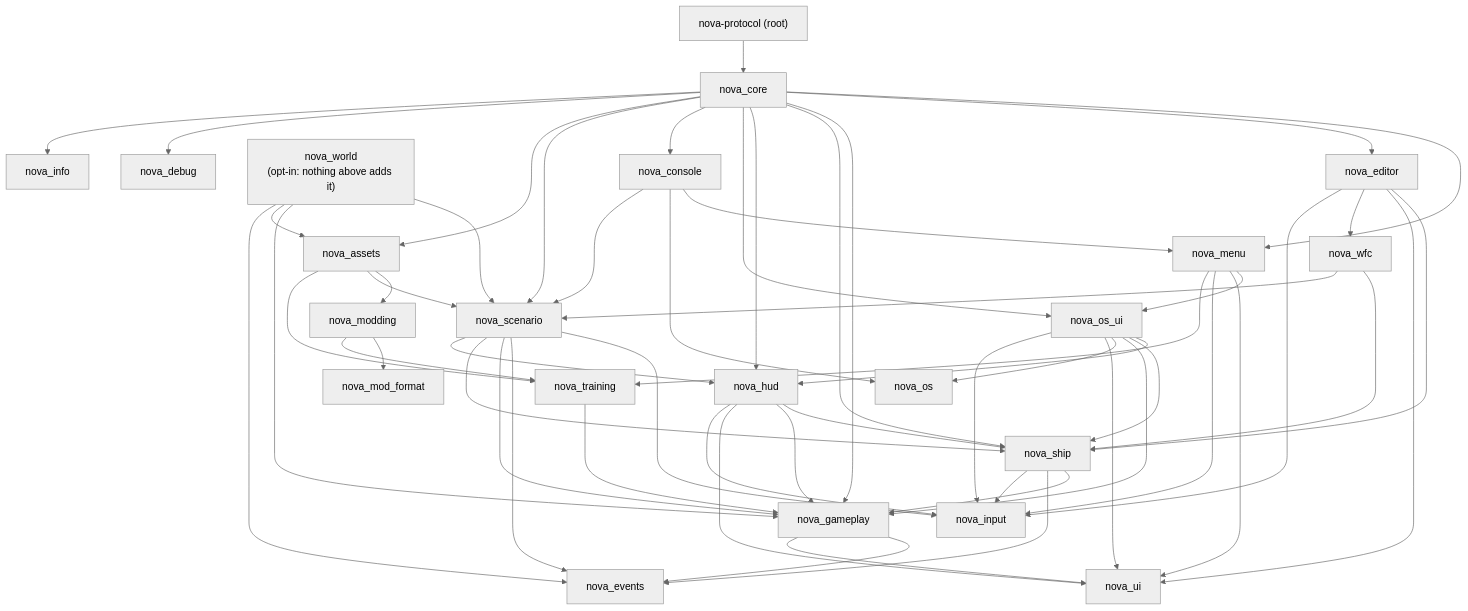
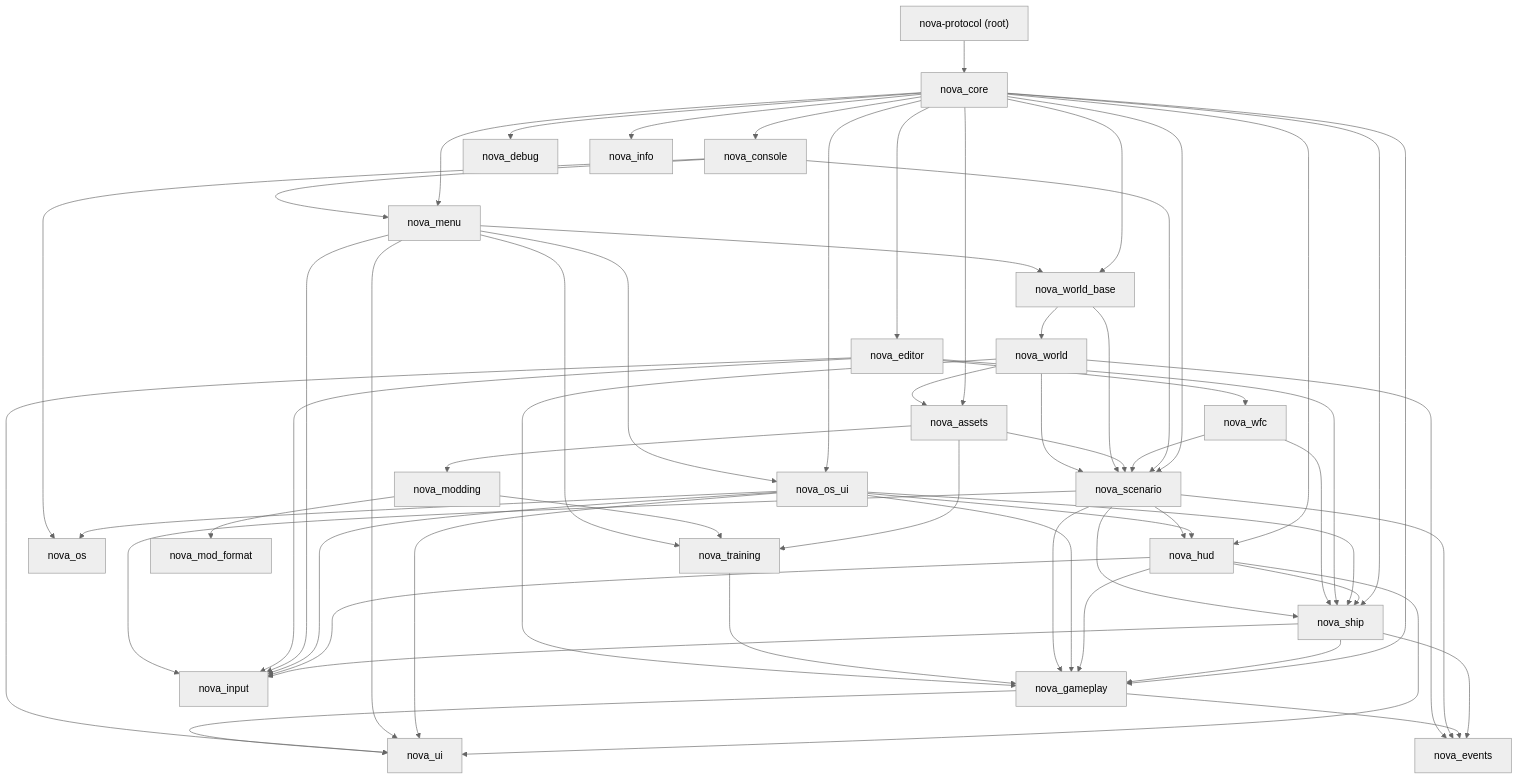
One commit to alexjercan/nova-protocol changed the first of 3 diagrams in docs/architecture.md. Above: the diagram before and after it, drawn with Mermaid (neutral theme). The commit also changed other lines of this file and 64 other files, not shown here.

````diff
--- a/docs/architecture.md
+++ b/docs/architecture.md
@@ -47,58 +48,62 @@
 ```mermaid
 graph TD
     root["nova-protocol (root)"] --> core["nova_core"]
     core --> menu["nova_menu"]
     core --> editor["nova_editor"]
     core --> gameplay["nova_gameplay"]
     core --> ship["nova_ship"]
     core --> hud["nova_hud"]
     core --> osui["nova_os_ui"]
     core --> console["nova_console"]
     core --> scenario["nova_scenario"]
     core --> assets["nova_assets"]
     ship --> gameplay
     ship --> events["nova_events"]
     hud --> ship
     hud --> gameplay
     hud --> ui["nova_ui"]
     osui --> hud
     osui --> ship
     osui --> gameplay
     osui --> os["nova_os"]
     osui --> ui
     menu --> osui
     console --> menu
     console --> os
     console --> scenario
     menu --> ui
     editor --> ship
     editor --> ui
     editor --> wfc["nova_wfc"]
     wfc --> ship
     wfc --> scenario
     gameplay --> events
     gameplay --> ui
     ship --> input["nova_input"]
     hud --> input
     osui --> input
     menu --> input
     editor --> input
     scenario --> input
     scenario --> events
     scenario --> gameplay
     scenario --> ship
     scenario --> hud
     assets --> modding["nova_modding"]
     assets --> scenario
     assets --> training["nova_training"]
     modding --> modfmt["nova_mod_format"]
     modding --> training
     menu --> training
     training --> gameplay
-    world["nova_world<br/>(opt-in: nothing above adds it)"] --> scenario
+    core --> worldbase["nova_world_base"]
+    menu --> worldbase
+    worldbase --> world["nova_world"]
+    worldbase --> scenario
+    world --> scenario
     world --> gameplay
     world --> assets
     world --> events
     core --> debug["nova_debug"]
     core --> info["nova_info"]
 ```
````
